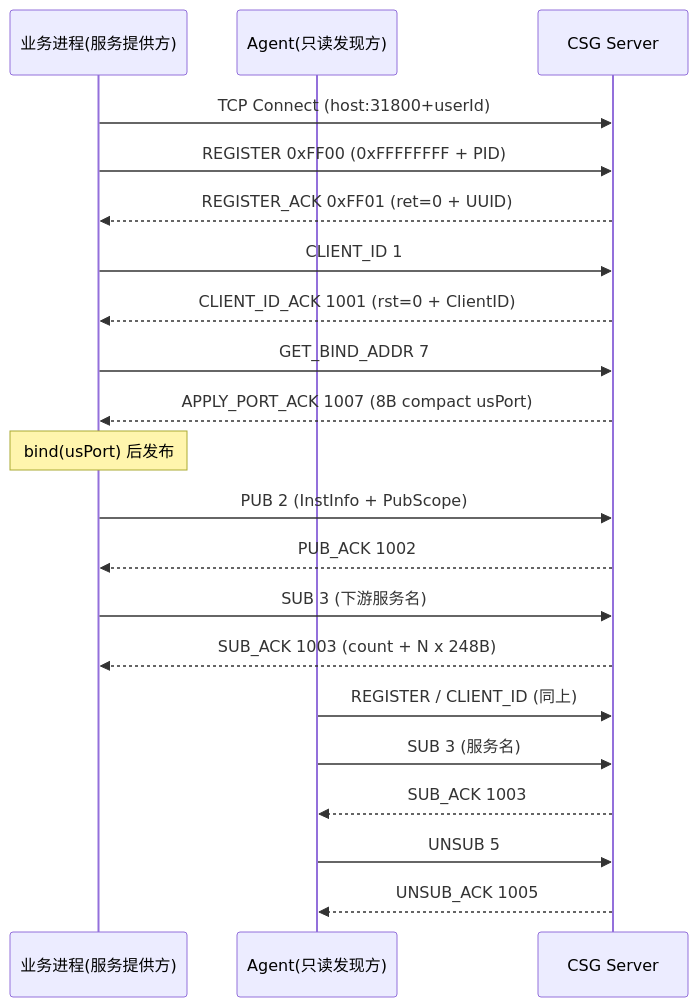
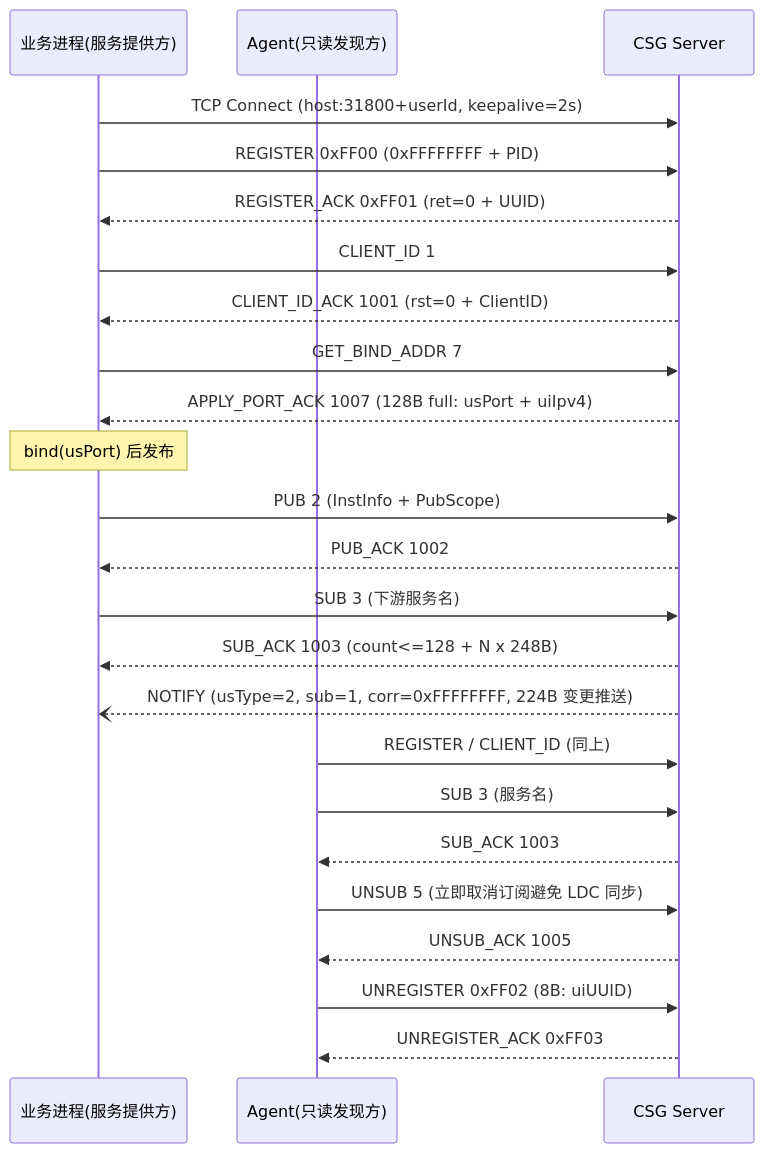
Before and after one commit to fugui/code-contract: the first of 2 diagrams in docs/05-adr/21-csg-aware-agent-service-discovery-and-replay-mock-adr.md, drawn with Mermaid. The commit also changed other lines of this file and 1 other file, not shown here.

````diff
--- a/docs/05-adr/21-csg-aware-agent-service-discovery-and-replay-mock-adr.md
+++ b/docs/05-adr/21-csg-aware-agent-service-discovery-and-replay-mock-adr.md
@@ -590,23 +501,26 @@
 ```mermaid
 sequenceDiagram
     participant P as 业务进程(服务提供方)
     participant A as Agent(只读发现方)
     participant S as CSG Server
-    P->>S: TCP Connect (host:31800+userId)
+    P->>S: TCP Connect (host:31800+userId, keepalive=2s)
     P->>S: REGISTER 0xFF00 (0xFFFFFFFF + PID)
     S-->>P: REGISTER_ACK 0xFF01 (ret=0 + UUID)
     P->>S: CLIENT_ID 1
     S-->>P: CLIENT_ID_ACK 1001 (rst=0 + ClientID)
     P->>S: GET_BIND_ADDR 7
-    S-->>P: APPLY_PORT_ACK 1007 (8B compact usPort)
+    S-->>P: APPLY_PORT_ACK 1007 (128B full: usPort + uiIpv4)
     Note over P: bind(usPort) 后发布
     P->>S: PUB 2 (InstInfo + PubScope)
     S-->>P: PUB_ACK 1002
     P->>S: SUB 3 (下游服务名)
-    S-->>P: SUB_ACK 1003 (count + N x 248B)
+    S-->>P: SUB_ACK 1003 (count<=128 + N x 248B)
+    S--)P: NOTIFY (usType=2, sub=1, corr=0xFFFFFFFF, 224B 变更推送)
     A->>S: REGISTER / CLIENT_ID (同上)
     A->>S: SUB 3 (服务名)
     S-->>A: SUB_ACK 1003
-    A->>S: UNSUB 5
+    A->>S: UNSUB 5 (立即取消订阅避免 LDC 同步)
     S-->>A: UNSUB_ACK 1005
+    A->>S: UNREGISTER 0xFF02 (8B: uiUUID)
+    S-->>A: UNREGISTER_ACK 0xFF03
 ```
````
